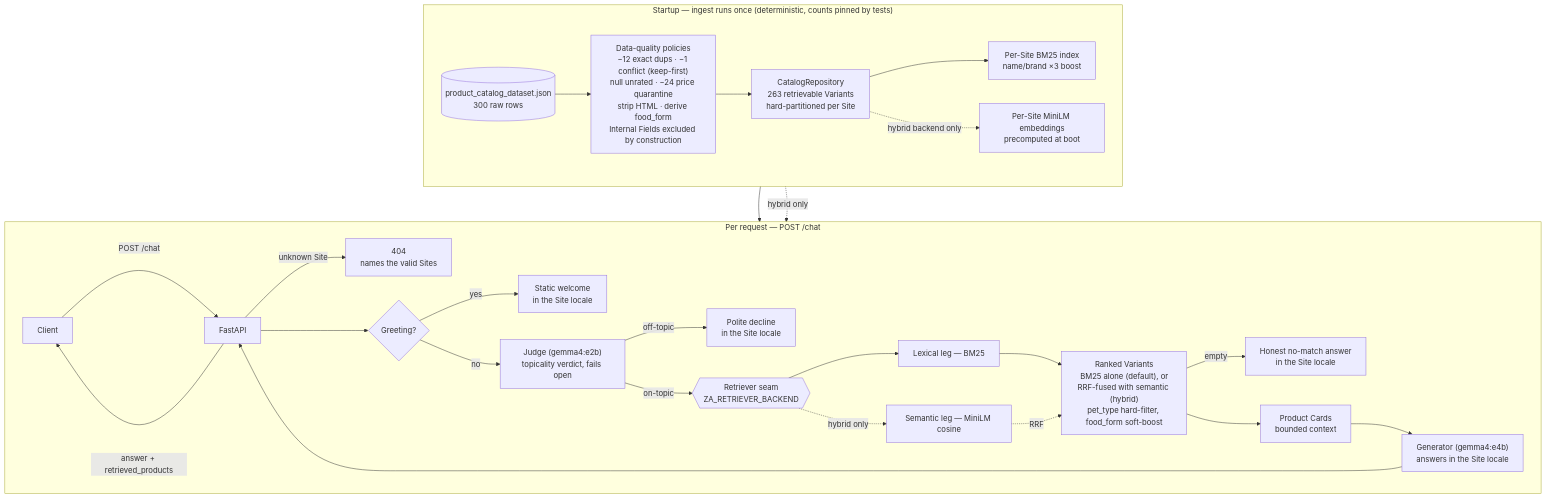
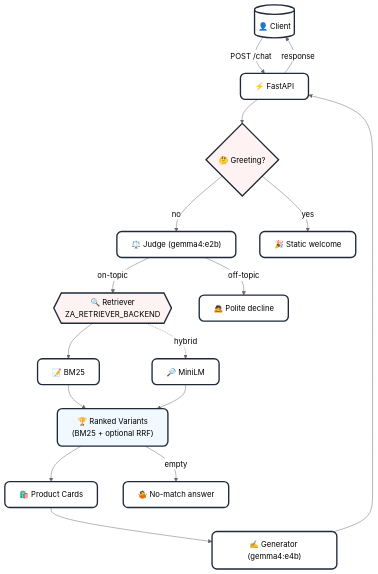
Before and after one commit to AndresRubio/test_z: the second of 2 diagrams in README.md, drawn with Mermaid. The commit also changed other lines of this file, not shown here.

Commit message:
Improve diagrams

````diff
--- a/README.md
+++ b/README.md
@@ -79,34 +101,33 @@
 ```mermaid
-flowchart TB
-    subgraph ingest["Startup — ingest runs once (deterministic, counts pinned by tests)"]
-        direction LR
-        DS[("product_catalog_dataset.json\n300 raw rows")]
-        DS --> POL["Data-quality policies\n−12 exact dups · −1 conflict (keep-first)\nnull unrated · −24 price quarantine\nstrip HTML · derive food_form\nInternal Fields excluded by construction"]
-        POL --> REPO["CatalogRepository\n263 retrievable Variants\nhard-partitioned per Site"]
-        REPO --> IDX["Per-Site BM25 index\nname/brand ×3 boost"]
-        REPO -.->|hybrid backend only| EMB["Per-Site MiniLM embeddings\nprecomputed at boot"]
-    end
+%%{init: {'theme': 'neutral'}}%%
+flowchart TD
 
-    subgraph chat["Per request — POST /chat"]
-        direction LR
-        C[Client] -->|POST /chat| A[FastAPI]
-        A -->|unknown Site| ERR["404\nnames the valid Sites"]
-        A --> H{"Greeting?"}
-        H -->|yes| GR["Static welcome\nin the Site locale"]
-        H -->|no| J["Judge (gemma4:e2b)\ntopicality verdict, fails open"]
-        J -->|off-topic| D["Polite decline\nin the Site locale"]
-        J -->|on-topic| R{{"Retriever seam\nZA_RETRIEVER_BACKEND"}}
-        R --> BM["Lexical leg — BM25"]
-        R -.->|hybrid only| SE["Semantic leg — MiniLM cosine"]
-        BM --> FUSE["Ranked Variants\nBM25 alone (default), or\nRRF-fused with semantic (hybrid)\npet_type hard-filter, food_form soft-boost"]
-        SE -.->|RRF| FUSE
-        FUSE -->|empty| N["Honest no-match answer\nin the Site locale"]
-        FUSE --> P["Product Cards\nbounded context"]
-        P --> G["Generator (gemma4:e4b)\nanswers in the Site locale"]
-        G --> A
-        A -->|answer + retrieved_products| C
-    end
+    classDef default fill:#ffffff,stroke:#1f2937,stroke-width:2.8px,rx:10,ry:10,font-size:16px;
+    classDef decision fill:#ffffff,stroke:#b91c1c,stroke-width:3px;
 
-    IDX --> BM
-    EMB -.->|hybrid only| SE
+    C[("👤 Client")] 
+    A["⚡ FastAPI"]
+    H{"🤔 Greeting?"}
+    J["⚖️ Judge (gemma4:e2b)"]
+    R{{"🔍 Retriever\nZA_RETRIEVER_BACKEND"}}
+    FUSE["🏆 Ranked Variants\n(BM25 + optional RRF)"]
+    P["🛍️ Product Cards"]
+    G["✍️ Generator (gemma4:e4b)"]
+
+    C -->|POST /chat| A
+    A --> H
+    H -->|yes| GR["🎉 Static welcome"]
+    H -->|no| J
+    J -->|off-topic| D["🙇 Polite decline"]
+    J -->|on-topic| R
+    R --> BM["📝 BM25"]
+    R -.->|hybrid| SE["🔎 MiniLM"]
+    BM & SE --> FUSE
+    FUSE -->|empty| N["🤷 No-match answer"]
+    FUSE --> P --> G --> A
+    A -->|response| C
+
+    style H fill:#fef2f2
+    style R fill:#fef2f2
+    style FUSE fill:#f0f9ff
 ```
````
